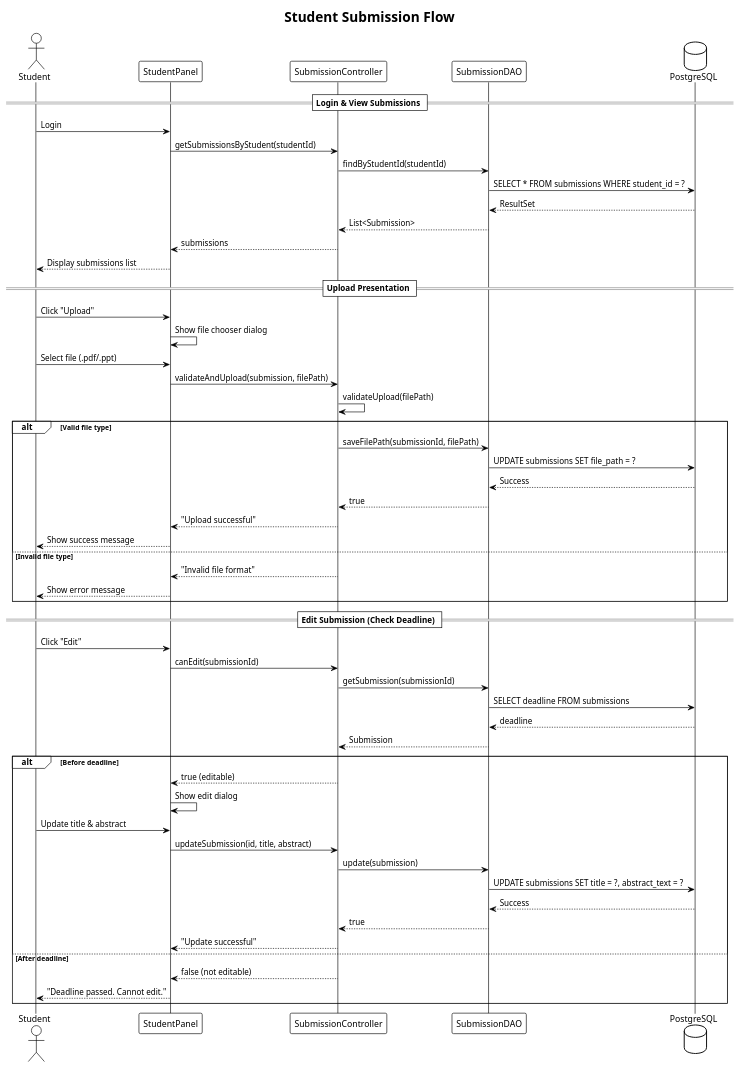
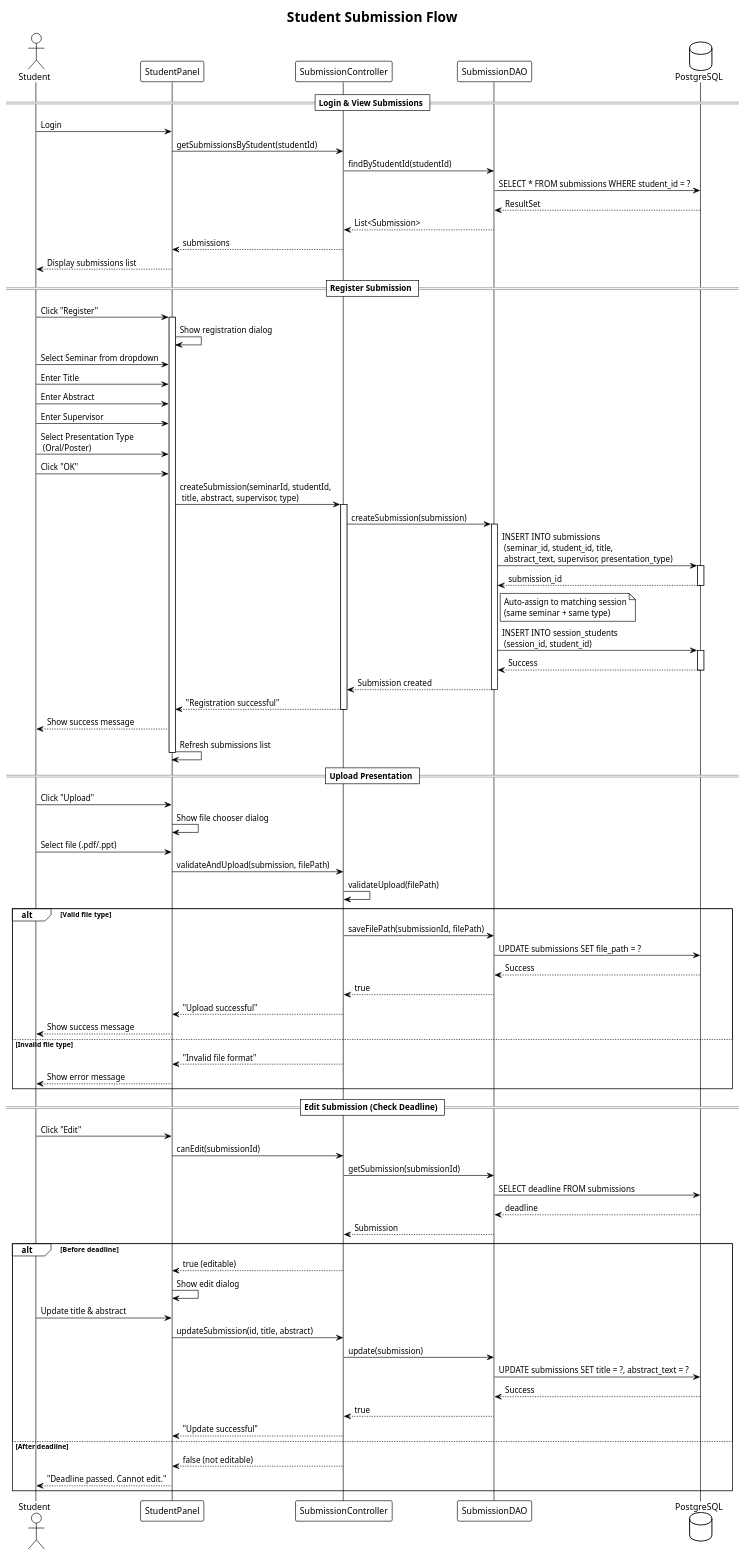
Before and after one commit to KHY0924/OOADLab: the diagram in docs/uml/sequence-diagrams/01-student-submission.puml, drawn with PlantUML. The commit also changed 2 other files, not shown here.

Commit message:
docs: Add PlantUML sequence diagrams for student submission and coordinator session management flows.

```diff
--- a/docs/uml/sequence-diagrams/01-student-submission.puml
+++ b/docs/uml/sequence-diagrams/01-student-submission.puml
@@ -1,64 +1,101 @@
 @startuml student-submission
 !theme plain
 
 title Student Submission Flow
 
 actor Student
 participant "StudentPanel" as SP
 participant "SubmissionController" as SC
 participant "SubmissionDAO" as DAO
 database "PostgreSQL" as DB
 
 == Login & View Submissions ==
 Student -> SP : Login
 SP -> SC : getSubmissionsByStudent(studentId)
 SC -> DAO : findByStudentId(studentId)
 DAO -> DB : SELECT * FROM submissions WHERE student_id = ?
 DB --> DAO : ResultSet
 DAO --> SC : List<Submission>
 SC --> SP : submissions
 SP --> Student : Display submissions list
+
+== Register Submission ==
+Student -> SP : Click "Register"
+activate SP
+SP -> SP : Show registration dialog
+Student -> SP : Select Seminar from dropdown
+Student -> SP : Enter Title
+Student -> SP : Enter Abstract
+Student -> SP : Enter Supervisor
+Student -> SP : Select Presentation Type \n (Oral/Poster)
+Student -> SP : Click "OK"
+
+SP -> SC : createSubmission(seminarId, studentId, \n title, abstract, supervisor, type)
+activate SC
+SC -> DAO : createSubmission(submission)
+activate DAO
+DAO -> DB : INSERT INTO submissions \n (seminar_id, student_id, title, \n abstract_text, supervisor, presentation_type)
+activate DB
+DB --> DAO : submission_id
+deactivate DB
+
+note right of DAO
+    Auto-assign to matching session
+    (same seminar + same type)
+end note
+
+DAO -> DB : INSERT INTO session_students \n (session_id, student_id)
+activate DB
+DB --> DAO : Success
+deactivate DB
+DAO --> SC : Submission created
+deactivate DAO
+SC --> SP : "Registration successful"
+deactivate SC
+SP --> Student : Show success message
+SP -> SP : Refresh submissions list
+deactivate SP
 
 == Upload Presentation ==
 Student -> SP : Click "Upload"
 SP -> SP : Show file chooser dialog
 Student -> SP : Select file (.pdf/.ppt)
 SP -> SC : validateAndUpload(submission, filePath)
 SC -> SC : validateUpload(filePath)
 
 alt Valid file type
     SC -> DAO : saveFilePath(submissionId, filePath)
     DAO -> DB : UPDATE submissions SET file_path = ?
     DB --> DAO : Success
     DAO --> SC : true
     SC --> SP : "Upload successful"
     SP --> Student : Show success message
 else Invalid file type
     SC --> SP : "Invalid file format"
     SP --> Student : Show error message
 end
 
 == Edit Submission (Check Deadline) ==
 Student -> SP : Click "Edit"
 SP -> SC : canEdit(submissionId)
 SC -> DAO : getSubmission(submissionId)
 DAO -> DB : SELECT deadline FROM submissions
 DB --> DAO : deadline
 DAO --> SC : Submission
 
 alt Before deadline
     SC --> SP : true (editable)
     SP -> SP : Show edit dialog
     Student -> SP : Update title & abstract
     SP -> SC : updateSubmission(id, title, abstract)
     SC -> DAO : update(submission)
     DAO -> DB : UPDATE submissions SET title = ?, abstract_text = ?
     DB --> DAO : Success
     DAO --> SC : true
     SC --> SP : "Update successful"
 else After deadline
     SC --> SP : false (not editable)
     SP --> Student : "Deadline passed. Cannot edit."
 end
 
 @enduml
```
